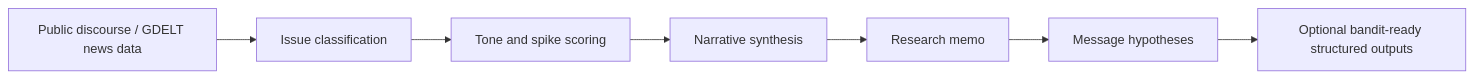
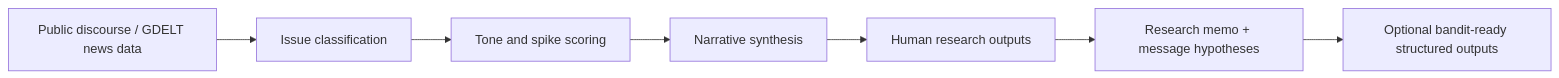
One commit to davidwrauch/social-listening changed the diagram in README.md. Above: the diagram before and after it, drawn with Mermaid. The commit also changed other lines of this file and 6 other files, not shown here.

Commit message:
Add human research output artifacts

````diff
--- a/README.md
+++ b/README.md
@@ -26,9 +26,9 @@
 ```mermaid
 flowchart LR
     A["Public discourse / GDELT news data"] --> B["Issue classification"]
     B --> C["Tone and spike scoring"]
     C --> D["Narrative synthesis"]
-    D --> E["Research memo"]
-    E --> F["Message hypotheses"]
+    D --> E["Human research outputs"]
+    E --> F["Research memo + message hypotheses"]
     F --> G["Optional bandit-ready structured outputs"]
 ```
````
